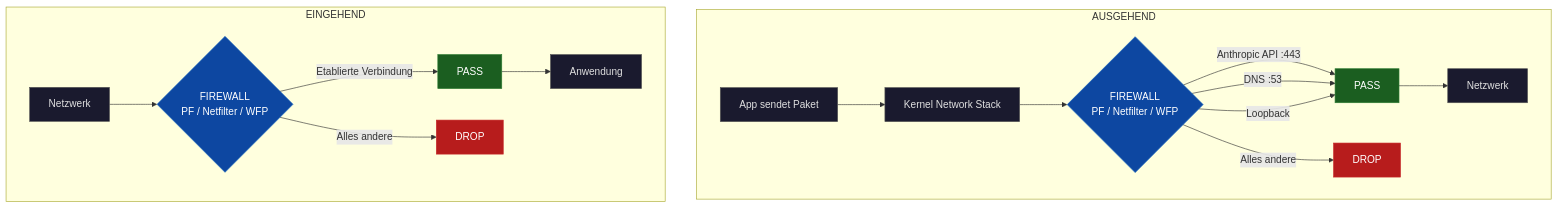
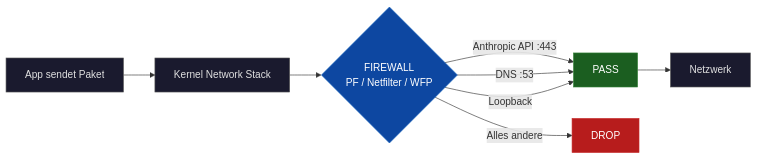
The first of 2 diagrams in README.md (pepperonas/network-lockdown), drawn with Mermaid before and after one commit. The commit also changed other lines of this file, not shown here.

Commit message:
Split diagram into two separate full-width charts

````diff
--- a/README.md
+++ b/README.md
@@ -101,28 +103,15 @@
 ```mermaid
-graph TD
-    subgraph OUT["AUSGEHEND"]
-        A["App sendet Paket"]:::node --> B["Kernel Network Stack"]:::node
-        B --> D{"FIREWALL\nPF / Netfilter / WFP"}:::fw
-
-        D -- "Anthropic API :443" --> PASS1["PASS"]:::pass
-        D -- "DNS :53" --> PASS1
-        D -- "Loopback" --> PASS1
-        D -- "Alles andere" --> DROP1["DROP"]:::drop
-
-        PASS1 --> NET["Netzwerk"]:::node
-    end
-
-    subgraph IN["EINGEHEND"]
-        NET2["Netzwerk"]:::node --> J{"FIREWALL\nPF / Netfilter / WFP"}:::fw
-
-        J -- "Etablierte Verbindung" --> PASS2["PASS"]:::pass
-        J -- "Alles andere" --> DROP2["DROP"]:::drop
-
-        PASS2 --> APP["Anwendung"]:::node
-    end
+graph LR
+    A["App sendet Paket"]:::node --> B["Kernel Network Stack"]:::node
+    B --> D{"FIREWALL<br/>PF / Netfilter / WFP"}:::fw
+    D -- "Anthropic API :443" --> PASS["PASS"]:::pass
+    D -- "DNS :53" --> PASS
+    D -- "Loopback" --> PASS
+    D -- "Alles andere" --> DROP["DROP"]:::drop
+    PASS --> NET["Netzwerk"]:::node
 
     classDef node fill:#1a1a2e,stroke:#555,color:#e0e0e0
     classDef fw fill:#0d47a1,stroke:#1565c0,color:#ffffff
     classDef pass fill:#1b5e20,stroke:#2e7d32,color:#ffffff
     classDef drop fill:#b71c1c,stroke:#c62828,color:#ffffff
 ```
````
